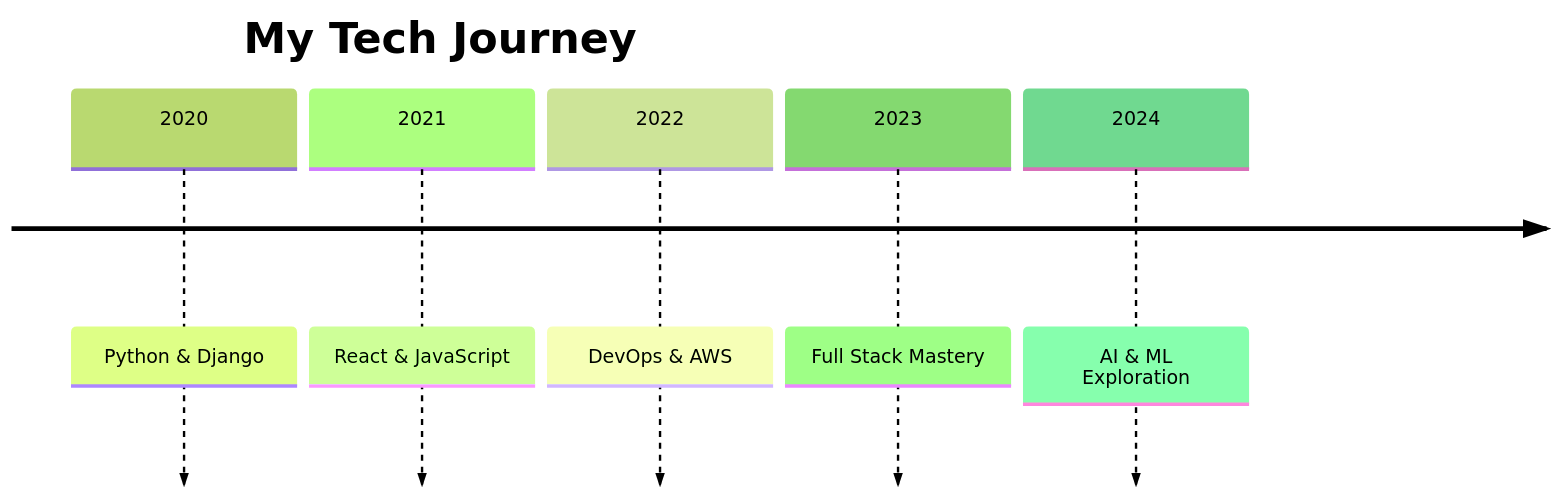
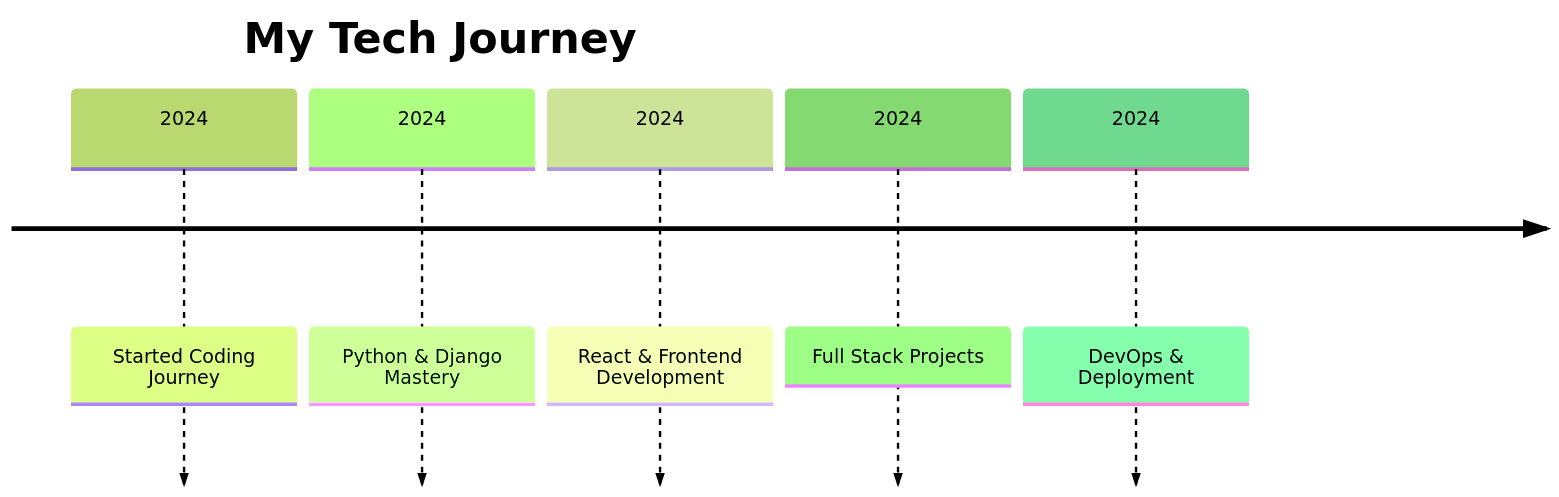
The second of 2 diagrams in README.md (adelana107/adelana107), drawn with Mermaid (forest theme) before and after one commit. The commit also changed other lines of this file, not shown here.

````diff
--- a/README.md
+++ b/README.md
@@ -390,9 +390,9 @@
 ```mermaid
 timeline
     title My Tech Journey
-    2020 : Python & Django
-    2021 : React & JavaScript
-    2022 : DevOps & AWS
-    2023 : Full Stack Mastery
-    2024 : AI & ML Exploration
+    2024 : Started Coding Journey
+    2024 : Python & Django Mastery
+    2024 : React & Frontend Development
+    2024 : Full Stack Projects
+    2024 : DevOps & Deployment
 ```
````
